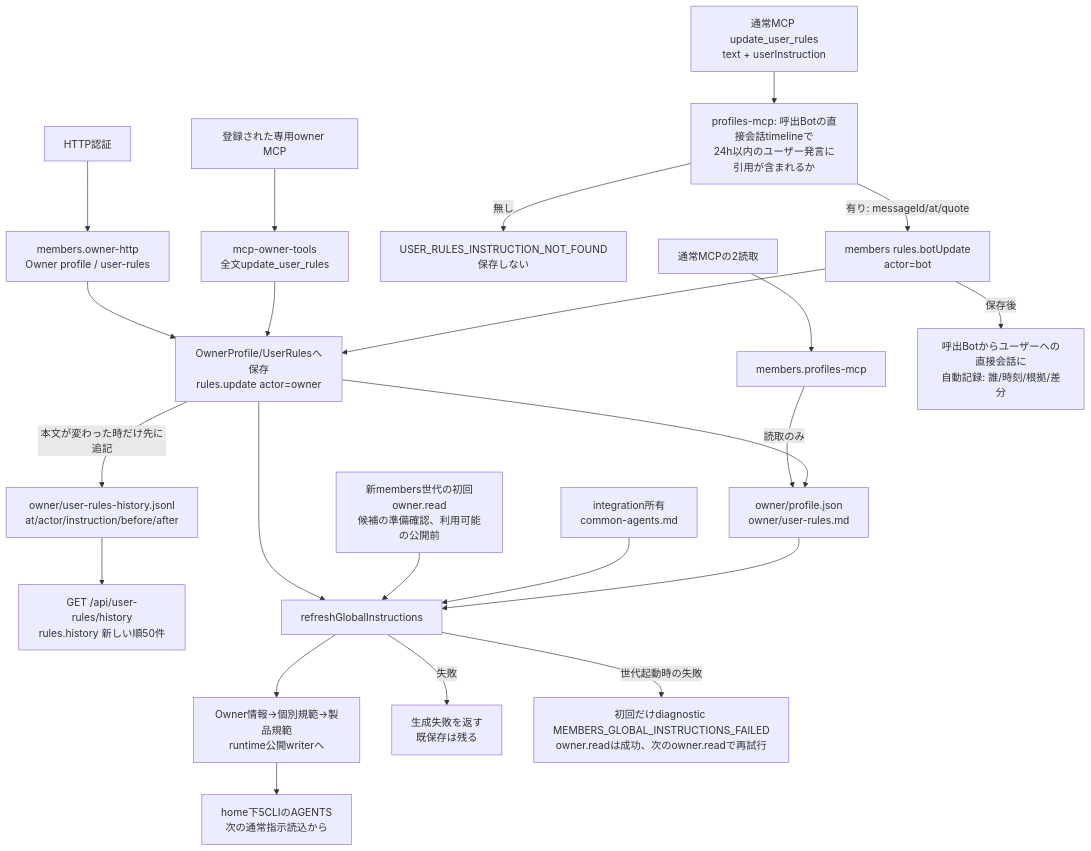
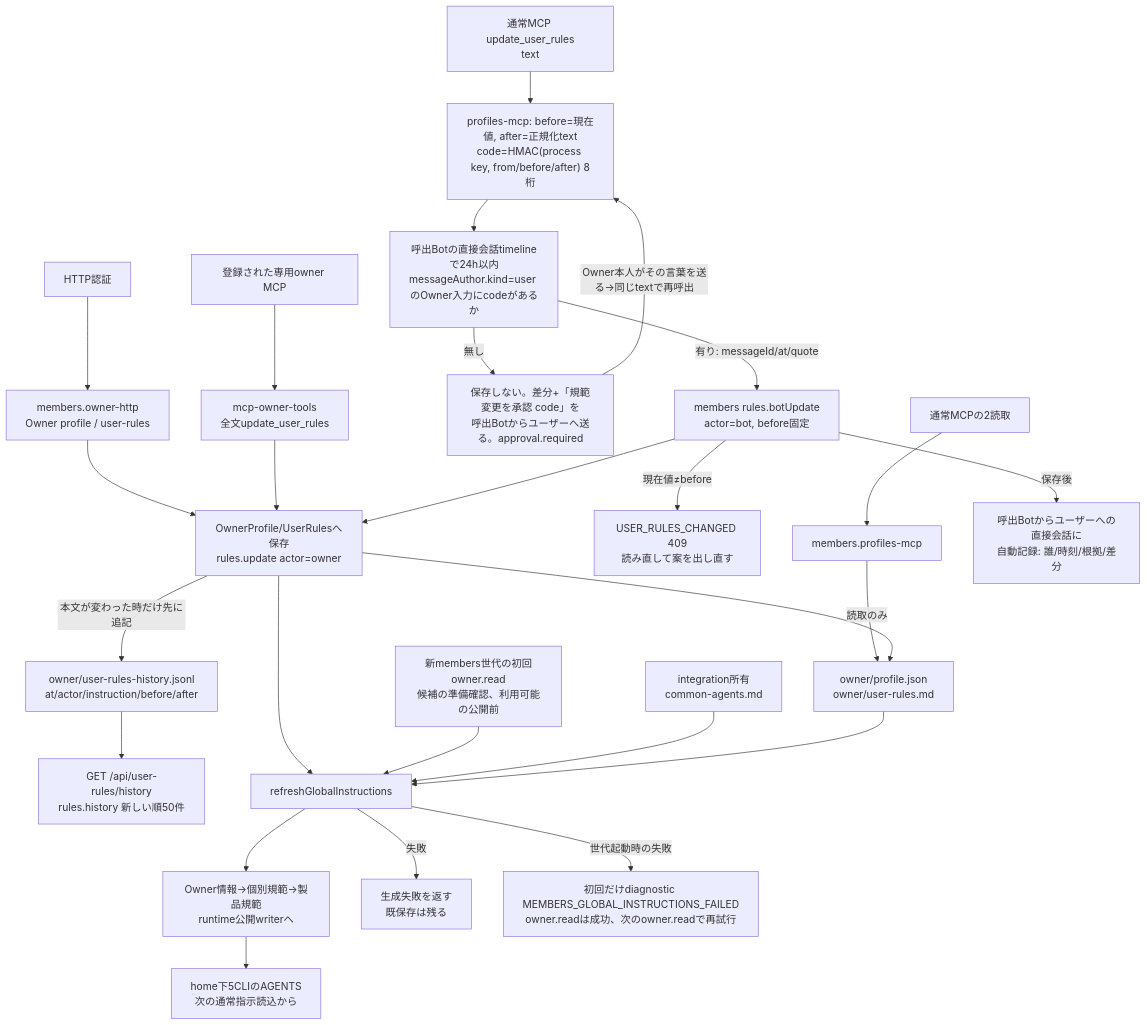
One commit to kitepon/BellTeam changed the first of 3 diagrams in docs/architecture/modules/members/instructions.md. Above: the diagram before and after it, drawn with Mermaid. The commit also changed other lines of this file and 14 other files, not shown here.

First line of the commit message:
members: Bot user-rules save needs the Owner's own approval of the exact diff

````diff
--- a/docs/architecture/modules/members/instructions.md
+++ b/docs/architecture/modules/members/instructions.md
@@ -5,25 +5,28 @@
 ```mermaid
 flowchart TD
   Http["HTTP認証"] --> Owner["members.owner-http<br/>Owner profile / user-rules"]
   Read["通常MCPの2読取"] --> Member["members.profiles-mcp"]
-  BotWrite["通常MCP update_user_rules<br/>text + userInstruction"] --> Proof["profiles-mcp: 呼出Botの直接会話timelineで<br/>24h以内のユーザー発言に引用が含まれるか"]
-  Proof -->|"無し"| Refused["USER_RULES_INSTRUCTION_NOT_FOUND<br/>保存しない"]
-  Proof -->|"有り: messageId/at/quote"| BotSave["members rules.botUpdate<br/>actor=bot"]
+  BotWrite["通常MCP update_user_rules<br/>text"] --> Code["profiles-mcp: before=現在値, after=正規化text<br/>code=HMAC(process key, from/before/after) 8桁"]
+  Code --> Proof["呼出Botの直接会話timelineで24h以内<br/>messageAuthor.kind=user のOwner入力にcodeがあるか"]
+  Proof -->|"無し"| Proposal["保存しない。差分+「規範変更を承認 code」を<br/>呼出Botからユーザーへ送る。approval.required"]
+  Proposal -->|"Owner本人がその言葉を送る→同じtextで再呼出"| Code
+  Proof -->|"有り: messageId/at/quote"| BotSave["members rules.botUpdate<br/>actor=bot, before固定"]
+  BotSave -->|"現在値≠before"| Changed["USER_RULES_CHANGED 409<br/>読み直して案を出し直す"]
   Dedicated["登録された専用owner MCP"] --> Rules["mcp-owner-tools<br/>全文update_user_rules"]
   Owner --> Save["OwnerProfile/UserRulesへ保存<br/>rules.update actor=owner"]
   Rules --> Save
   BotSave --> Save
   Member -->|"読取のみ"| Data["owner/profile.json<br/>owner/user-rules.md"]
   Save -->|"本文が変わった時だけ先に追記"| History["owner/user-rules-history.jsonl<br/>at/actor/instruction/before/after"]
   Save --> Data
   History --> HistoryApi["GET /api/user-rules/history<br/>rules.history 新しい順50件"]
   BotSave -->|"保存後"| Notice["呼出Botからユーザーへの直接会話に<br/>自動記録: 誰/時刻/根拠/差分"]
   Save --> Refresh["refreshGlobalInstructions"]
   Generation["新members世代の初回owner.read<br/>候補の準備確認、利用可能の公開前"] --> Refresh
   Common["integration所有<br/>common-agents.md"] --> Refresh
   Data --> Refresh
   Refresh --> Write["Owner情報→個別規範→製品規範<br/>runtime公開writerへ"]
   Write --> Globals["home下5CLIのAGENTS<br/>次の通常指示読込から"]
   Refresh -->|"失敗"| Failure["生成失敗を返す<br/>既保存は残る"]
   Refresh -->|"世代起動時の失敗"| Diagnostic["初回だけdiagnostic MEMBERS_GLOBAL_INSTRUCTIONS_FAILED<br/>owner.readは成功、次のowner.readで再試行"]
 ```
````
